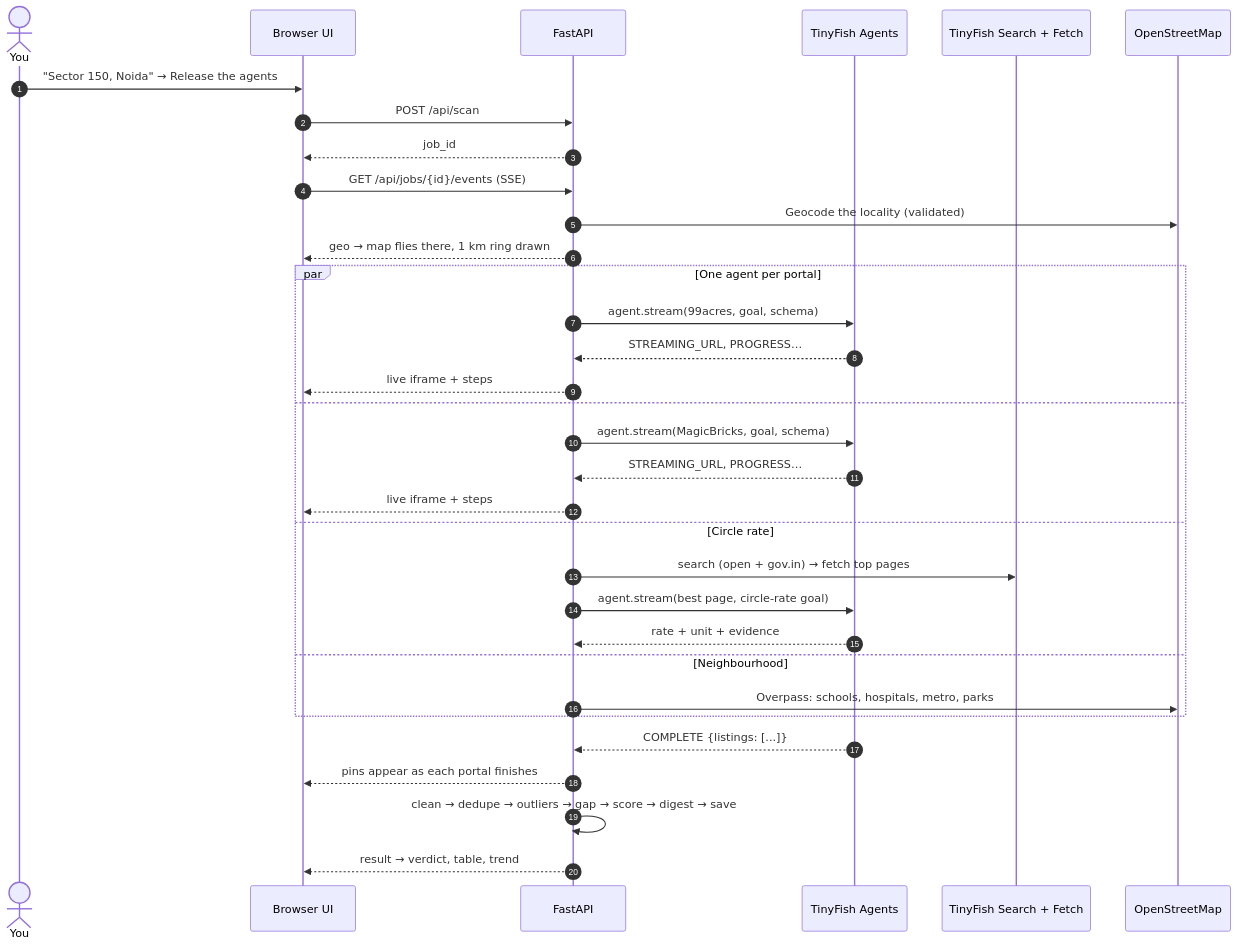
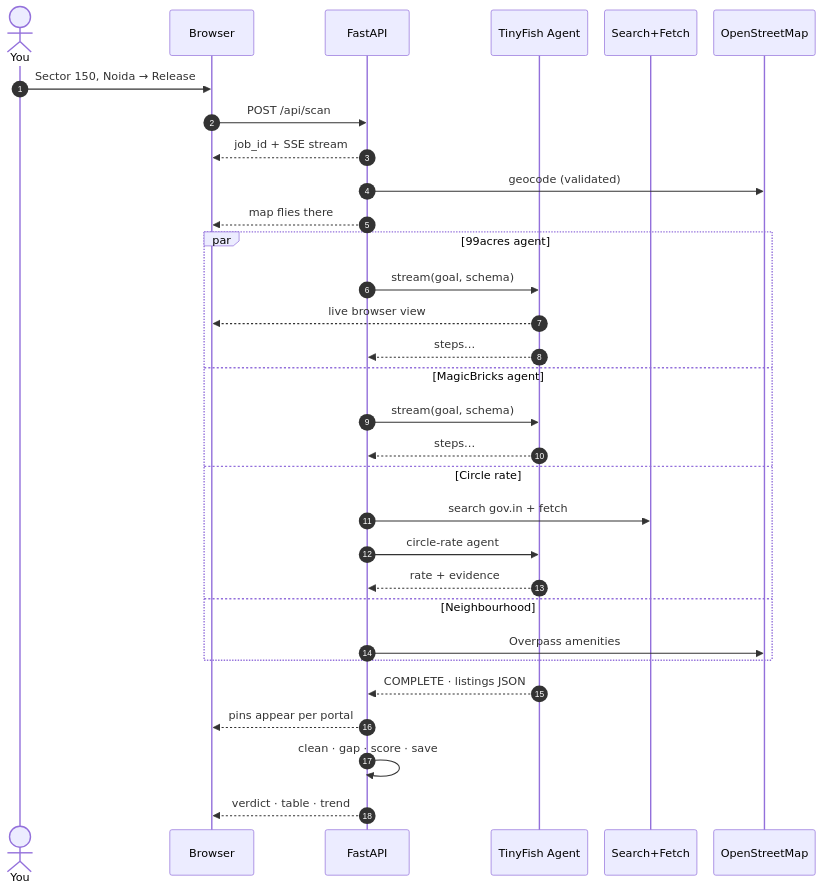
One commit to shivanshgoyal100/tinyfish changed the second of 4 diagrams in README.md. Above: the diagram before and after it, drawn with Mermaid. The commit also changed other lines of this file, not shown here.

First line of the commit message:
README: readable flowcharts on GitHub

````diff
--- a/README.md
+++ b/README.md
@@ -125,38 +102,37 @@
 ```mermaid
+%%{init: {'sequence': {'actorMargin': 24, 'width': 120, 'messageMargin': 28}}}%%
 sequenceDiagram
     autonumber
     actor You
-    participant UI as Browser UI
+    participant UI as Browser
     participant API as FastAPI
-    participant TF as TinyFish Agents
-    participant SF as TinyFish Search + Fetch
+    participant TF as TinyFish Agent
+    participant SF as Search+Fetch
     participant OSM as OpenStreetMap
 
-    You->>UI: "Sector 150, Noida" → Release the agents
+    You->>UI: Sector 150, Noida → Release
     UI->>API: POST /api/scan
-    API-->>UI: job_id
-    UI->>API: GET /api/jobs/{id}/events (SSE)
-    API->>OSM: Geocode the locality (validated)
-    API-->>UI: geo → map flies there, 1 km ring drawn
+    API-->>UI: job_id + SSE stream
+    API->>OSM: geocode (validated)
+    API-->>UI: map flies there
 
-    par One agent per portal
-        API->>TF: agent.stream(99acres, goal, schema)
-        TF-->>API: STREAMING_URL, PROGRESS…
-        API-->>UI: live iframe + steps
-    and
-        API->>TF: agent.stream(MagicBricks, goal, schema)
-        TF-->>API: STREAMING_URL, PROGRESS…
-        API-->>UI: live iframe + steps
+    par 99acres agent
+        API->>TF: stream(goal, schema)
+        TF-->>UI: live browser view
+        TF-->>API: steps…
+    and MagicBricks agent
+        API->>TF: stream(goal, schema)
+        TF-->>API: steps…
     and Circle rate
-        API->>SF: search (open + gov.in) → fetch top pages
-        API->>TF: agent.stream(best page, circle-rate goal)
-        TF-->>API: rate + unit + evidence
+        API->>SF: search gov.in + fetch
+        API->>TF: circle-rate agent
+        TF-->>API: rate + evidence
     and Neighbourhood
-        API->>OSM: Overpass: schools, hospitals, metro, parks
+        API->>OSM: Overpass amenities
     end
 
-    TF-->>API: COMPLETE {listings: [...]}
-    API-->>UI: pins appear as each portal finishes
-    API->>API: clean → dedupe → outliers → gap → score → digest → save
-    API-->>UI: result → verdict, table, trend
+    TF-->>API: COMPLETE · listings JSON
+    API-->>UI: pins appear per portal
+    API->>API: clean · gap · score · save
+    API-->>UI: verdict · table · trend
 ```
````
